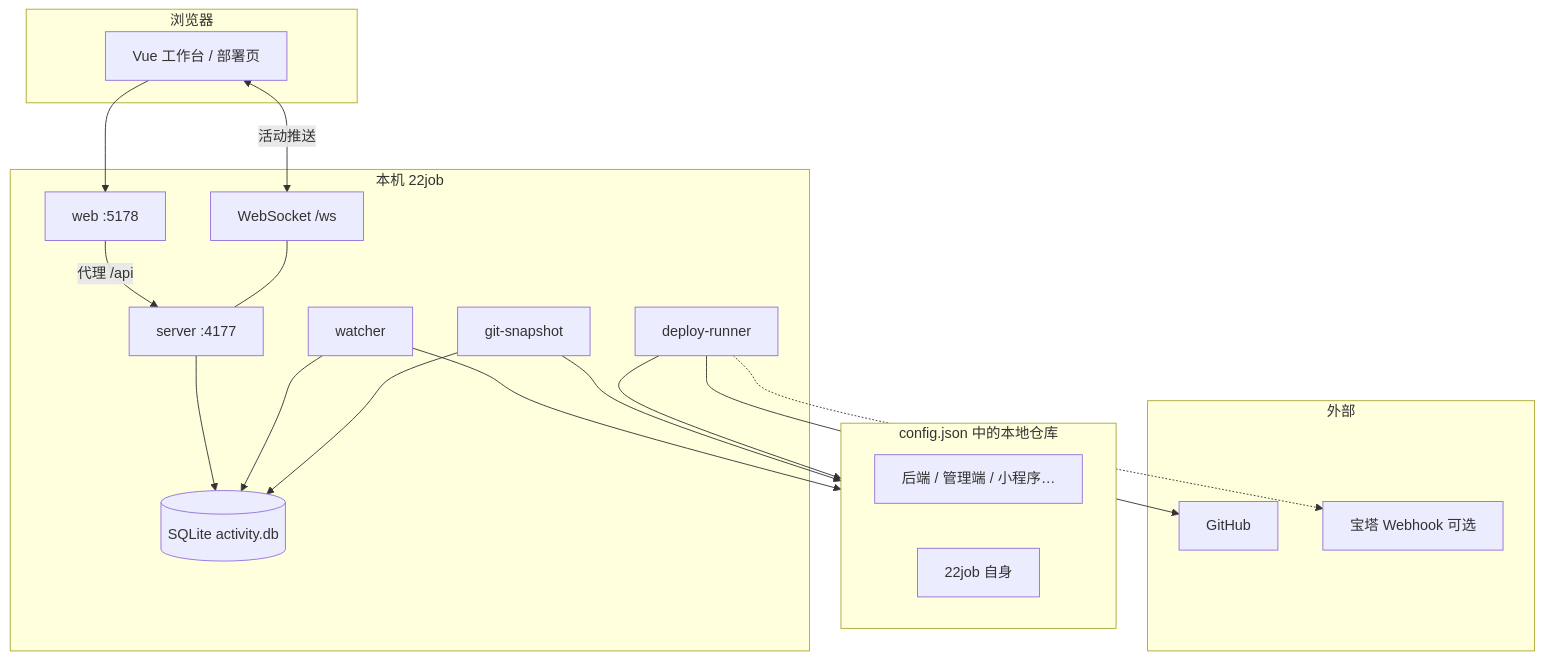
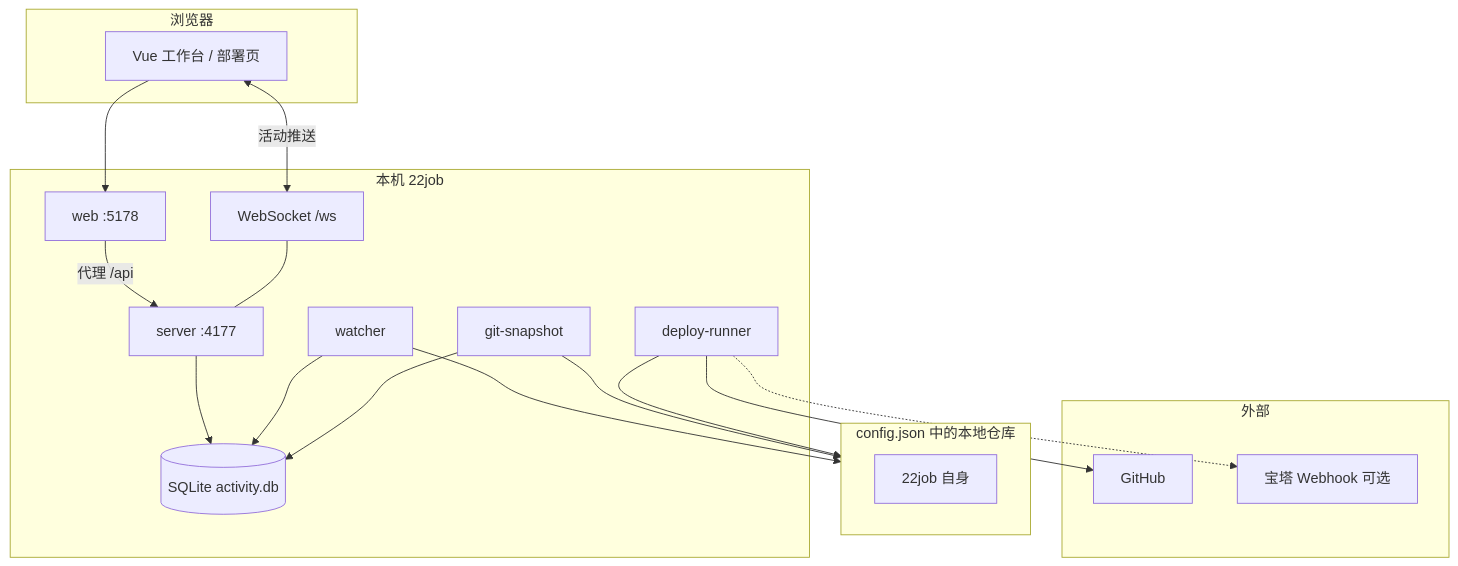
One commit to zxw6/- changed the first of 3 diagrams in README.md. Above: the diagram before and after it, drawn with Mermaid. The commit also changed other lines of this file, not shown here.

````diff
--- a/README.md
+++ b/README.md
@@ -67,39 +67,38 @@
 ```mermaid
 flowchart TB
   subgraph Client["浏览器"]
     UI["Vue 工作台 / 部署页"]
   end
 
   subgraph Local["本机 22job"]
     Vite["web :5178"]
     API["server :4177"]
     WS["WebSocket /ws"]
     DB[("SQLite activity.db")]
     W["watcher"]
     S["git-snapshot"]
     D["deploy-runner"]
   end
 
   subgraph Monitored["config.json 中的本地仓库"]
-    R1["后端 / 管理端 / 小程序…"]
     R2["22job 自身"]
   end
 
   subgraph Remote["外部"]
     GH["GitHub"]
     BT["宝塔 Webhook 可选"]
   end
 
   UI --> Vite
   Vite -->|代理 /api| API
   UI <-->|活动推送| WS
   WS --- API
   API --> DB
   W --> Monitored
   S --> Monitored
   W --> DB
   S --> DB
   D --> Monitored
   D --> GH
   D -.-> BT
 ```
````
